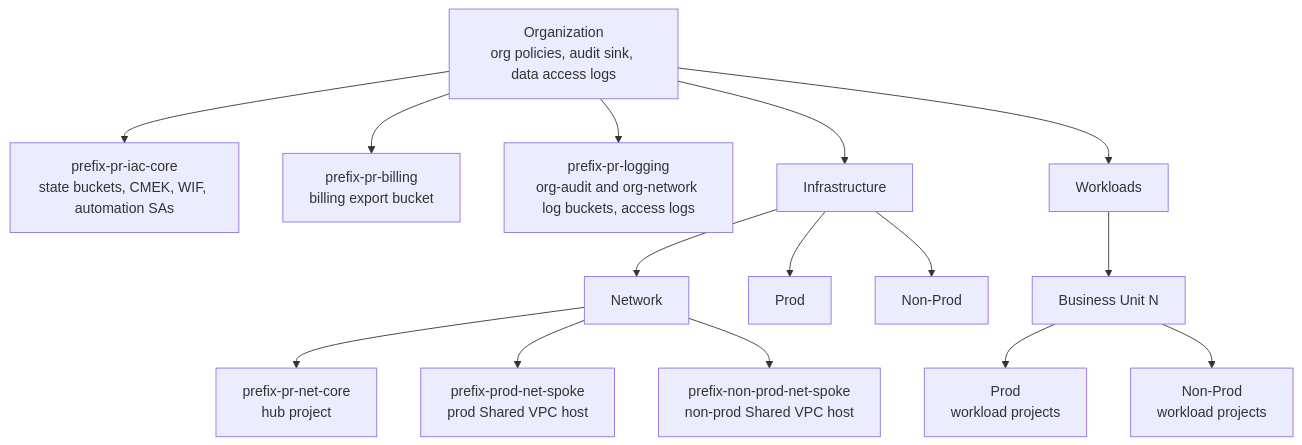
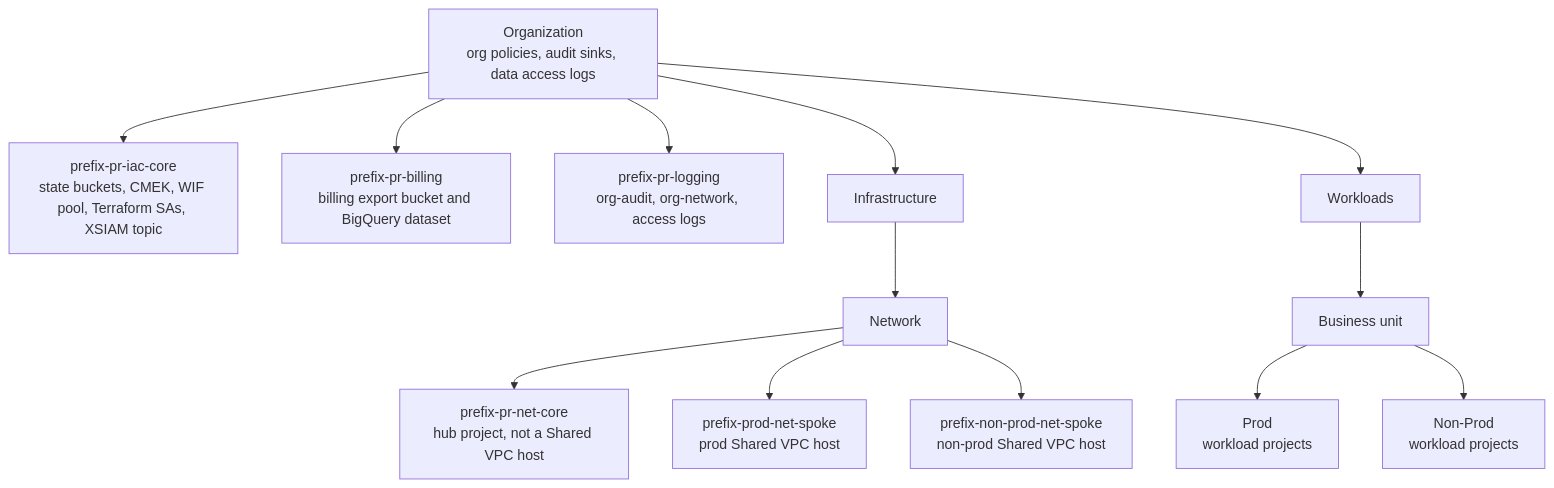
One commit to Rajendraladkat1919/gcp-foundation-bootstrap changed the first of 2 diagrams in docs/architecture.md. Above: the diagram before and after it, drawn with Mermaid. The commit also changed other lines of this file and 39 other files, not shown here.

````diff
--- a/docs/architecture.md
+++ b/docs/architecture.md
@@ -5,18 +5,16 @@
 ```mermaid
 flowchart TB
-  org[Organization<br/>org policies, audit sink, data access logs]
-  org --> iac[prefix-pr-iac-core<br/>state buckets, CMEK, WIF, automation SAs]
-  org --> bill[prefix-pr-billing<br/>billing export bucket]
-  org --> log[prefix-pr-logging<br/>org-audit and org-network log buckets, access logs]
+  org[Organization<br/>org policies, audit sinks, data access logs]
+  org --> iac["prefix-pr-iac-core<br/>state buckets, CMEK, WIF pool, Terraform SAs, XSIAM topic"]
+  org --> bill["prefix-pr-billing<br/>billing export bucket and BigQuery dataset"]
+  org --> log["prefix-pr-logging<br/>org-audit, org-network, access logs"]
   org --> infra[Infrastructure]
   org --> wl[Workloads]
   infra --> net[Network]
-  net --> hub[prefix-pr-net-core<br/>hub project]
-  net --> pspoke[prefix-prod-net-spoke<br/>prod Shared VPC host]
-  net --> nspoke[prefix-non-prod-net-spoke<br/>non-prod Shared VPC host]
-  infra --> iprod[Prod]
-  infra --> inp[Non-Prod]
-  wl --> bu[Business Unit N]
+  net --> hub["prefix-pr-net-core<br/>hub project, not a Shared VPC host"]
+  net --> pspoke["prefix-prod-net-spoke<br/>prod Shared VPC host"]
+  net --> nspoke["prefix-non-prod-net-spoke<br/>non-prod Shared VPC host"]
+  wl --> bu[Business unit]
   bu --> bprod[Prod<br/>workload projects]
   bu --> bnp[Non-Prod<br/>workload projects]
 ```
````
